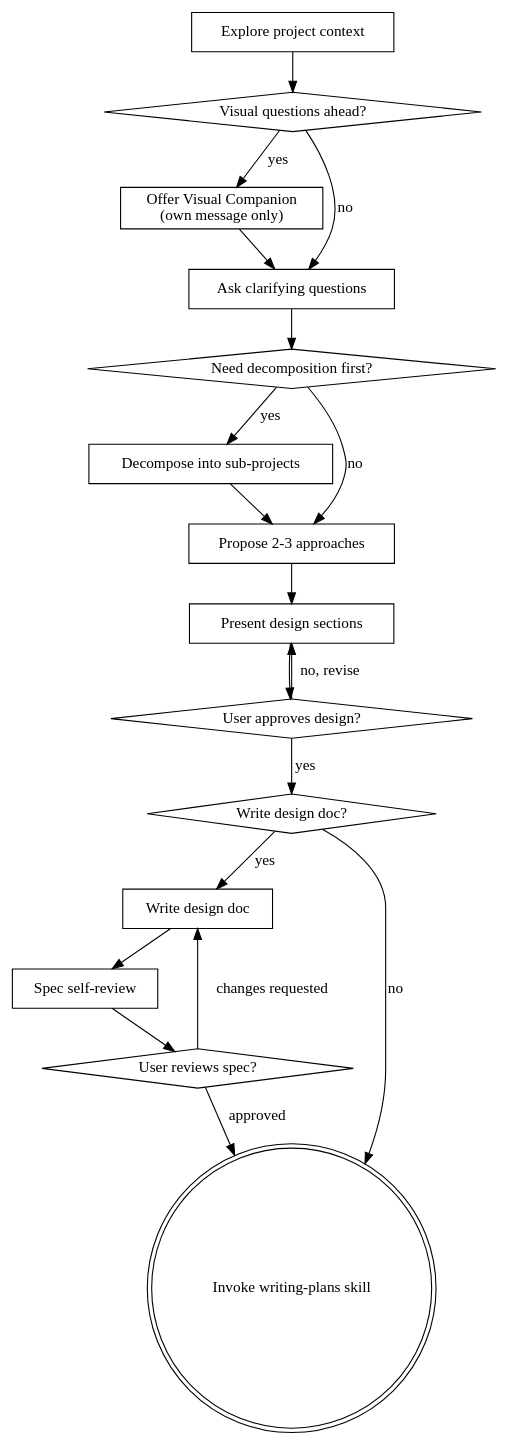
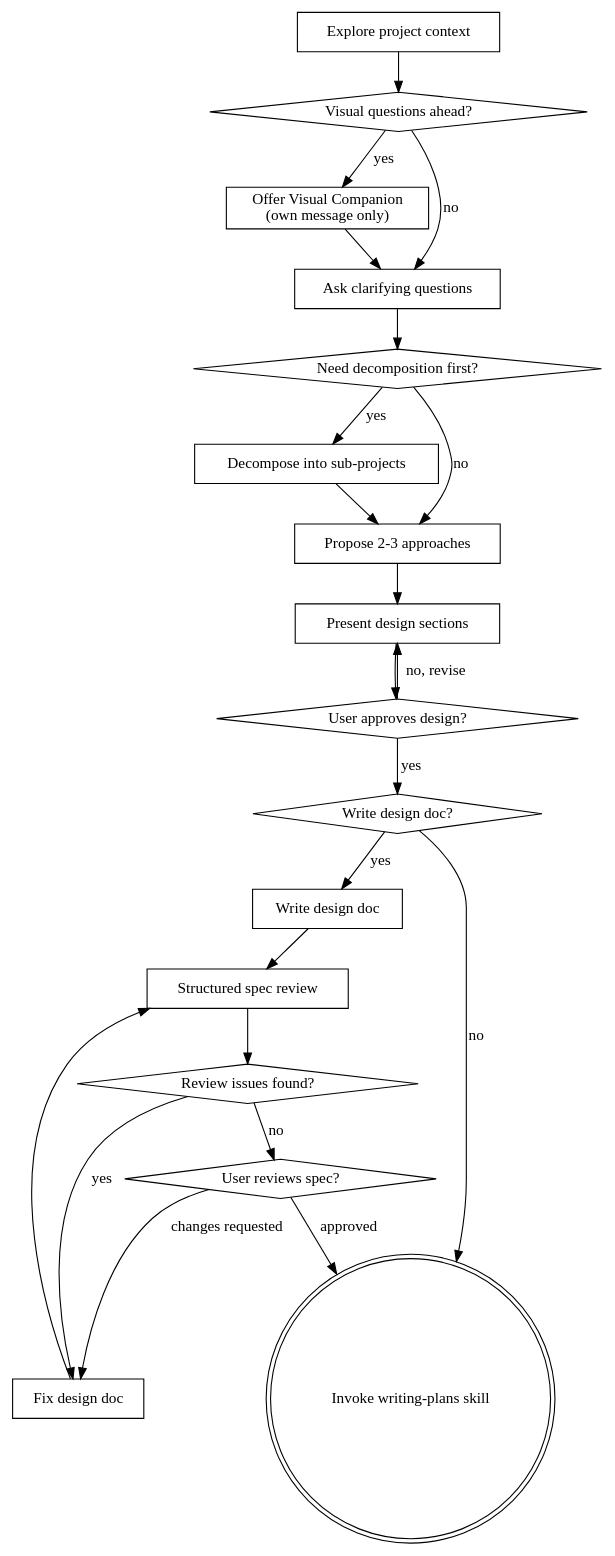
The diagram in skills/brainstorming/SKILL.md (obra/superpowers), drawn with Graphviz before and after one commit. The commit also changed other lines of this file and 1 other file, not shown here.

Commit message:
feat: strengthen brainstorming spec review gate

````diff
--- a/skills/brainstorming/SKILL.md
+++ b/skills/brainstorming/SKILL.md
@@ -38,37 +39,42 @@
 ```dot
 digraph brainstorming {
     "Explore project context" [shape=box];
     "Visual questions ahead?" [shape=diamond];
     "Offer Visual Companion\n(own message only)" [shape=box];
     "Ask clarifying questions" [shape=box];
     "Need decomposition first?" [shape=diamond];
     "Decompose into sub-projects" [shape=box];
     "Propose 2-3 approaches" [shape=box];
     "Present design sections" [shape=box];
     "User approves design?" [shape=diamond];
     "Write design doc?" [shape=diamond];
     "Write design doc" [shape=box];
-    "Spec self-review" [shape=box];
+    "Structured spec review" [shape=box];
+    "Review issues found?" [shape=diamond];
+    "Fix design doc" [shape=box];
     "User reviews spec?" [shape=diamond];
     "Invoke writing-plans skill" [shape=doublecircle];
 
     "Explore project context" -> "Visual questions ahead?";
     "Visual questions ahead?" -> "Offer Visual Companion\n(own message only)" [label="yes"];
     "Visual questions ahead?" -> "Ask clarifying questions" [label="no"];
     "Offer Visual Companion\n(own message only)" -> "Ask clarifying questions";
     "Ask clarifying questions" -> "Need decomposition first?";
     "Need decomposition first?" -> "Decompose into sub-projects" [label="yes"];
     "Need decomposition first?" -> "Propose 2-3 approaches" [label="no"];
     "Decompose into sub-projects" -> "Propose 2-3 approaches";
     "Propose 2-3 approaches" -> "Present design sections";
     "Present design sections" -> "User approves design?";
     "User approves design?" -> "Present design sections" [label="no, revise"];
     "User approves design?" -> "Write design doc?" [label="yes"];
     "Write design doc?" -> "Write design doc" [label="yes"];
     "Write design doc?" -> "Invoke writing-plans skill" [label="no"];
-    "Write design doc" -> "Spec self-review";
-    "Spec self-review" -> "User reviews spec?";
-    "User reviews spec?" -> "Write design doc" [label="changes requested"];
+    "Write design doc" -> "Structured spec review";
+    "Structured spec review" -> "Review issues found?";
+    "Review issues found?" -> "Fix design doc" [label="yes"];
+    "Fix design doc" -> "Structured spec review";
+    "Review issues found?" -> "User reviews spec?" [label="no"];
+    "User reviews spec?" -> "Fix design doc" [label="changes requested"];
     "User reviews spec?" -> "Invoke writing-plans skill" [label="approved"];
 }
 ```
````
